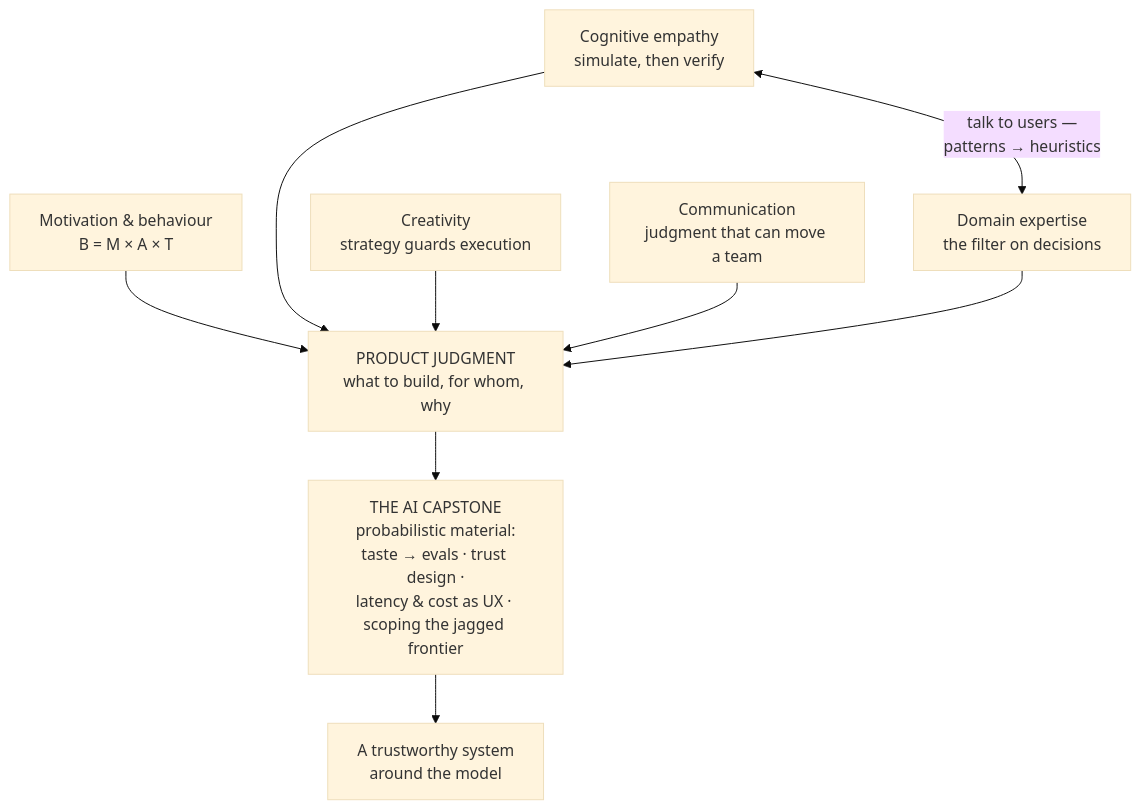
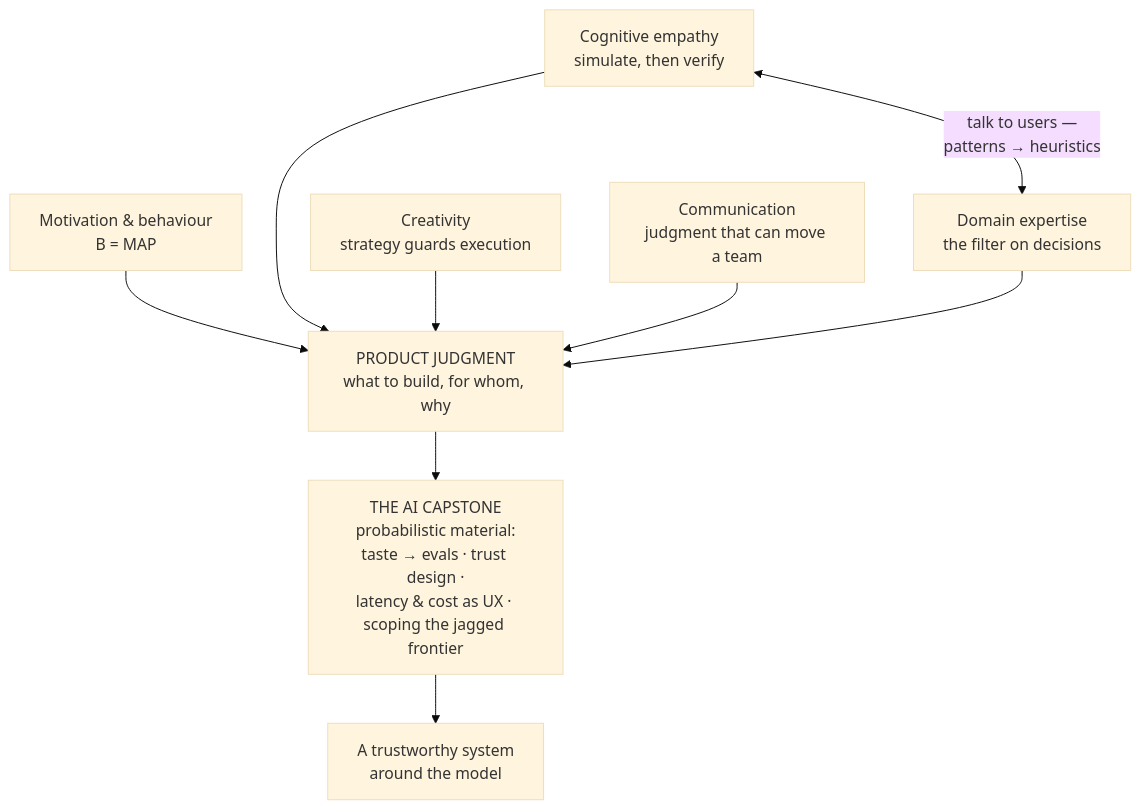
Before and after one commit to aakashagg123/gatsby: the diagram in product-sense/README.md, drawn with Mermaid (base theme). The commit also changed 17 other files, not shown here.

First line of the commit message:
product-sense: fix Fogg B=MAP, unsupported anecdotes; add jagged-frontier, sycophancy, synthetic-users coverage

````diff
--- a/product-sense/README.md
+++ b/product-sense/README.md
@@ -19,11 +19,11 @@
 ```mermaid
 flowchart TB
-  MOT["Motivation & behaviour<br/>B = M × A × T"] --> PJ["PRODUCT JUDGMENT<br/>what to build, for whom, why"]
+  MOT["Motivation & behaviour<br/>B = MAP"] --> PJ["PRODUCT JUDGMENT<br/>what to build, for whom, why"]
   EMP["Cognitive empathy<br/>simulate, then verify"] --> PJ
   CRE["Creativity<br/>strategy guards execution"] --> PJ
   COM["Communication<br/>judgment that can move a team"] --> PJ
   DOM["Domain expertise<br/>the filter on decisions"] --> PJ
   EMP <-->|"talk to users —<br/>patterns → heuristics"| DOM
   PJ --> AI["THE AI CAPSTONE<br/>probabilistic material:<br/>taste → evals · trust design ·<br/>latency & cost as UX · scoping the jagged frontier"]
   AI --> OUT["A trustworthy system<br/>around the model"]
 ```
````
